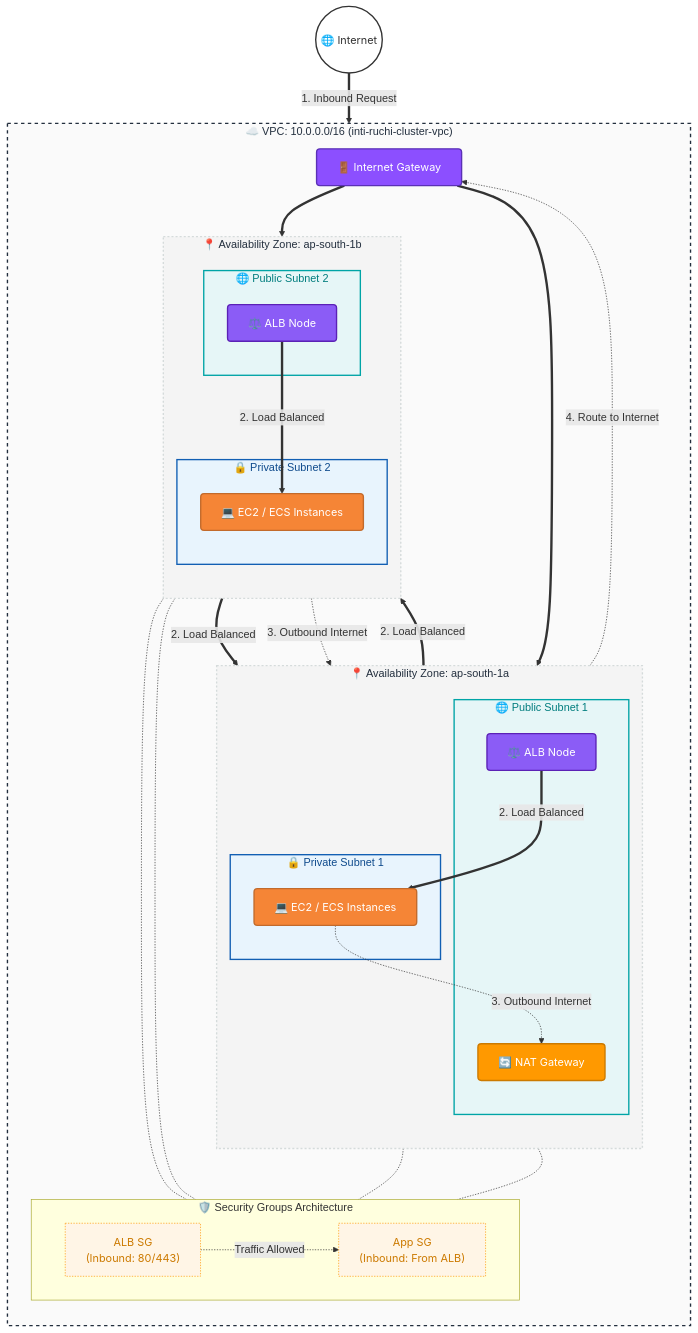
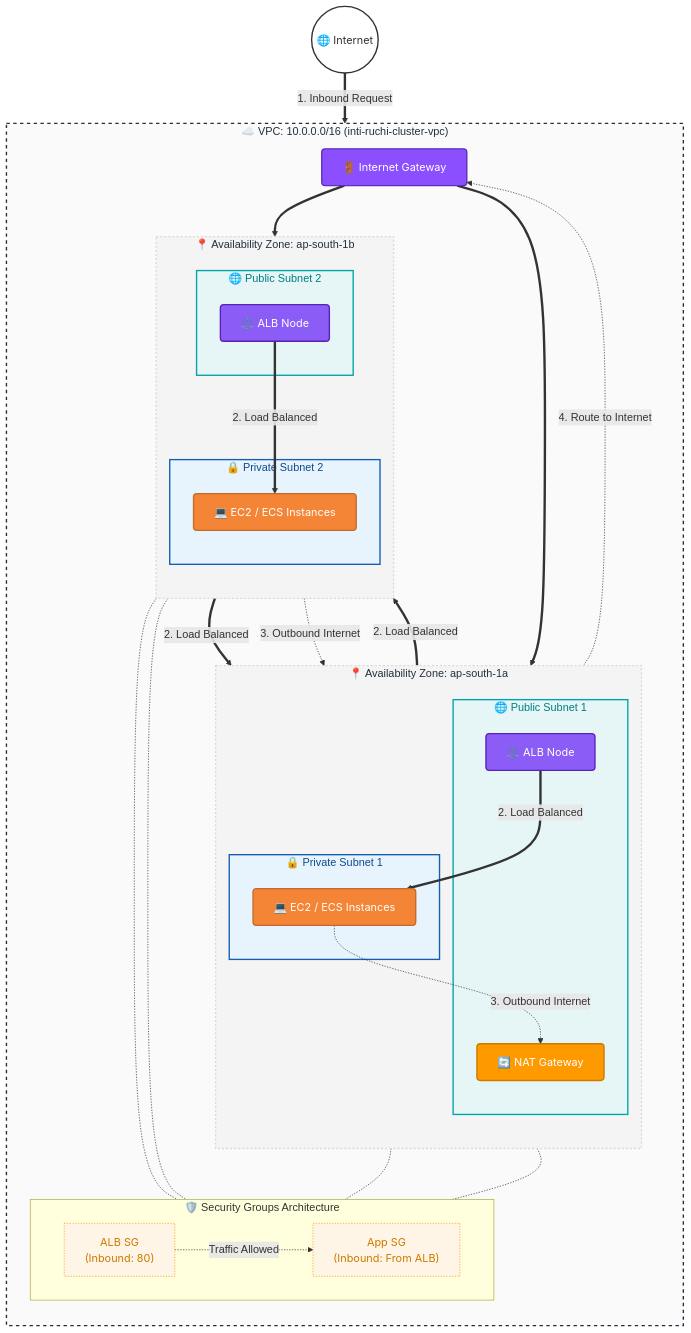
The diagram in README.md (TARUNSAI77022/terraform-aws-ecs-blue-green-deployment), drawn with Mermaid before and after one commit. The commit also changed 13 other files, not shown here.

````diff
--- a/README.md
+++ b/README.md
@@ -21,75 +21,75 @@
 ```mermaid
 graph TB
     %% Styling definitions
     classDef default font-family:Inter, sans-serif;
     classDef vpc fill:#FAFAFA,stroke:#232F3E,stroke-width:2px,stroke-dasharray: 5 5,color:#232F3E;
     classDef az fill:#F4F4F4,stroke:#D5DBDB,stroke-width:2px,stroke-dasharray: 3 3,color:#232F3E;
     classDef public fill:#E6F6F7,stroke:#00A4A6,stroke-width:2px,color:#007D7E;
     classDef private fill:#E8F4FD,stroke:#125FB3,stroke-width:2px,color:#0E4A8C;
     classDef igw fill:#8C4FFF,stroke:#5A30B5,stroke-width:2px,color:#FFF,rx:5,ry:5;
     classDef nat fill:#FF9900,stroke:#CC7A00,stroke-width:2px,color:#FFF,rx:5,ry:5;
     classDef alb fill:#8b5cf6,stroke:#5b21b6,stroke-width:2px,color:#FFF,rx:5,ry:5;
     classDef compute fill:#F58536,stroke:#C26A2B,stroke-width:2px,color:#FFF,rx:5,ry:5;
     classDef external fill:#FFFFFF,stroke:#333,stroke-width:2px,color:#333;
     classDef sg fill:#FFF5E6,stroke:#FF9900,stroke-width:1px,stroke-dasharray: 2 2,color:#CC7A00;
 
     Internet((🌐 Internet)):::external
     
     subgraph VPC ["☁️ VPC: 10.0.0.0/16 (inti-ruchi-cluster-vpc)"]
         direction TB
         
         IGW["🚪 Internet Gateway"]:::igw
 
         subgraph AZ1 ["📍 Availability Zone: ap-south-1a"]
             direction TB
             subgraph Pub1 ["🌐 Public Subnet 1"]
                 ALB1["⚖️ ALB Node"]:::alb
                 NAT1["🔄 NAT Gateway"]:::nat
             end
             
             subgraph Priv1 ["🔒 Private Subnet 1"]
                 ECS1["💻 EC2 / ECS Instances"]:::compute
             end
         end
         
         subgraph AZ2 ["📍 Availability Zone: ap-south-1b"]
             direction TB
             subgraph Pub2 ["🌐 Public Subnet 2"]
                 ALB2["⚖️ ALB Node"]:::alb
             end
             
             subgraph Priv2 ["🔒 Private Subnet 2"]
                 ECS2["💻 EC2 / ECS Instances"]:::compute
             end
         end
 
         %% Security Groups
         subgraph SGs ["🛡️ Security Groups Architecture"]
             direction LR
-            ALB_SG["ALB SG<br/>(Inbound: 80/443)"]:::sg
+            ALB_SG["ALB SG<br/>(Inbound: 80)"]:::sg
             App_SG["App SG<br/>(Inbound: From ALB)"]:::sg
             ALB_SG -.->|"Traffic Allowed"| App_SG
         end
     end
 
     %% Inbound Flow
     Internet == "1. Inbound Request" ==> IGW
     IGW ==> ALB1 & ALB2
     ALB1 & ALB2 == "2. Load Balanced" ==> ECS1 & ECS2
     
     %% Outbound Flow
     ECS1 & ECS2 -. "3. Outbound Internet" .-> NAT1
     NAT1 -. "4. Route to Internet" .-> IGW
 
     %% Associations
     ALB1 -.- ALB_SG
     ALB2 -.- ALB_SG
     ECS1 -.- App_SG
     ECS2 -.- App_SG
 
     %% Assigning Classes
     class VPC vpc;
     class AZ1,AZ2 az;
     class Pub1,Pub2 public;
     class Priv1,Priv2 private;
 ```
````
